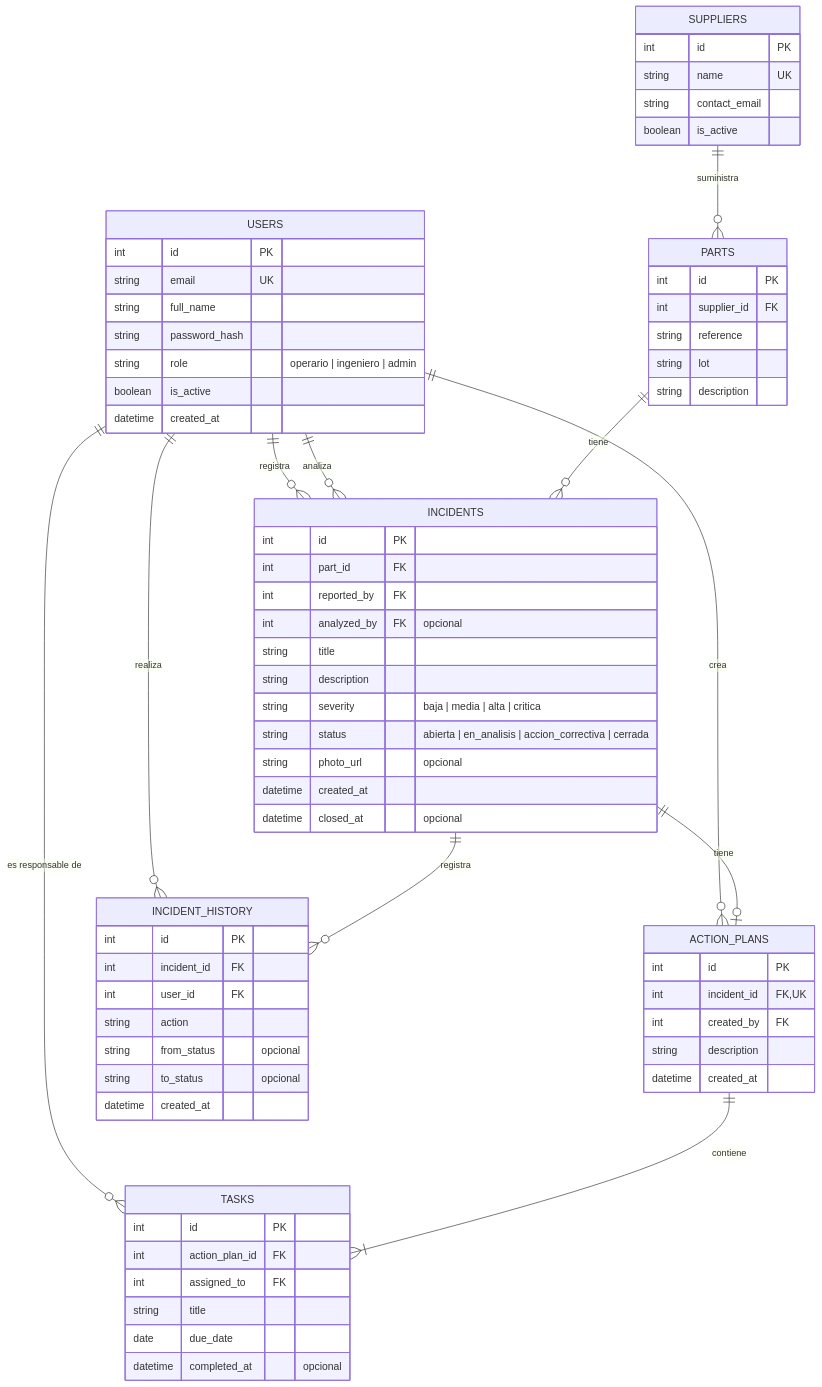
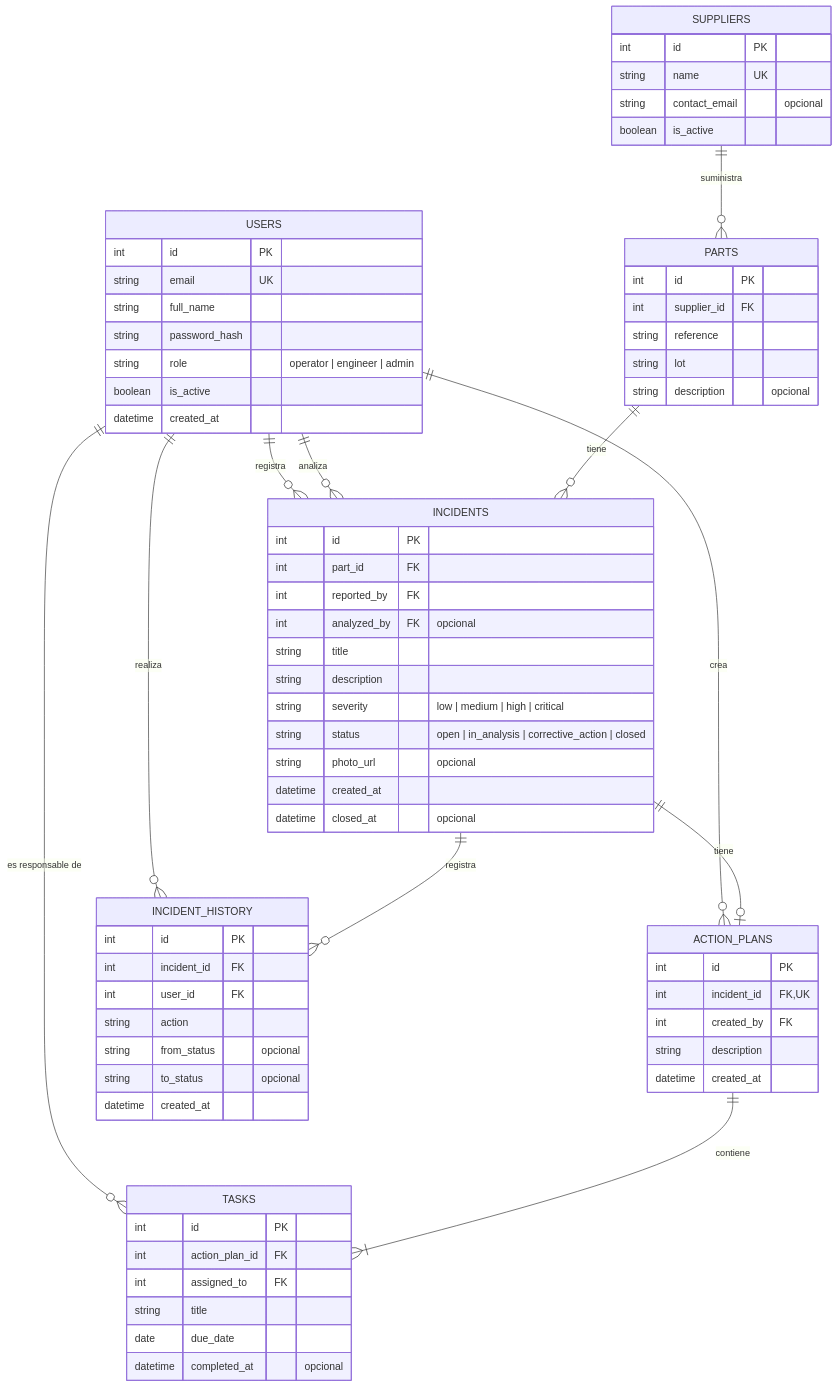
The diagram in docs/data-model.md (biscolrabo/SupplyGuard), drawn with Mermaid before and after one commit. The commit also changed other lines of this file and 8 other files, not shown here.

````diff
--- a/docs/data-model.md
+++ b/docs/data-model.md
@@ -5,79 +5,79 @@
 ```mermaid
 erDiagram
     USERS ||--o{ INCIDENTS : "registra"
     USERS ||--o{ INCIDENTS : "analiza"
     USERS ||--o{ ACTION_PLANS : "crea"
     USERS ||--o{ TASKS : "es responsable de"
     USERS ||--o{ INCIDENT_HISTORY : "realiza"
     SUPPLIERS ||--o{ PARTS : "suministra"
     PARTS ||--o{ INCIDENTS : "tiene"
     INCIDENTS ||--o| ACTION_PLANS : "tiene"
     INCIDENTS ||--o{ INCIDENT_HISTORY : "registra"
     ACTION_PLANS ||--|{ TASKS : "contiene"
 
     USERS {
         int id PK
         string email UK
         string full_name
         string password_hash
-        string role "operario | ingeniero | admin"
+        string role "operator | engineer | admin"
         boolean is_active
         datetime created_at
     }
 
     SUPPLIERS {
         int id PK
         string name UK
-        string contact_email
+        string contact_email "opcional"
         boolean is_active
     }
 
     PARTS {
         int id PK
         int supplier_id FK
         string reference
         string lot
-        string description
+        string description "opcional"
     }
 
     INCIDENTS {
         int id PK
         int part_id FK
         int reported_by FK
         int analyzed_by FK "opcional"
         string title
         string description
-        string severity "baja | media | alta | critica"
-        string status "abierta | en_analisis | accion_correctiva | cerrada"
+        string severity "low | medium | high | critical"
+        string status "open | in_analysis | corrective_action | closed"
         string photo_url "opcional"
         datetime created_at
         datetime closed_at "opcional"
     }
 
     ACTION_PLANS {
         int id PK
         int incident_id FK, UK
         int created_by FK
         string description
         datetime created_at
     }
 
     TASKS {
         int id PK
         int action_plan_id FK
         int assigned_to FK
         string title
         date due_date
         datetime completed_at "opcional"
     }
 
     INCIDENT_HISTORY {
         int id PK
         int incident_id FK
         int user_id FK
         string action
         string from_status "opcional"
         string to_status "opcional"
         datetime created_at
     }
 ```
````
